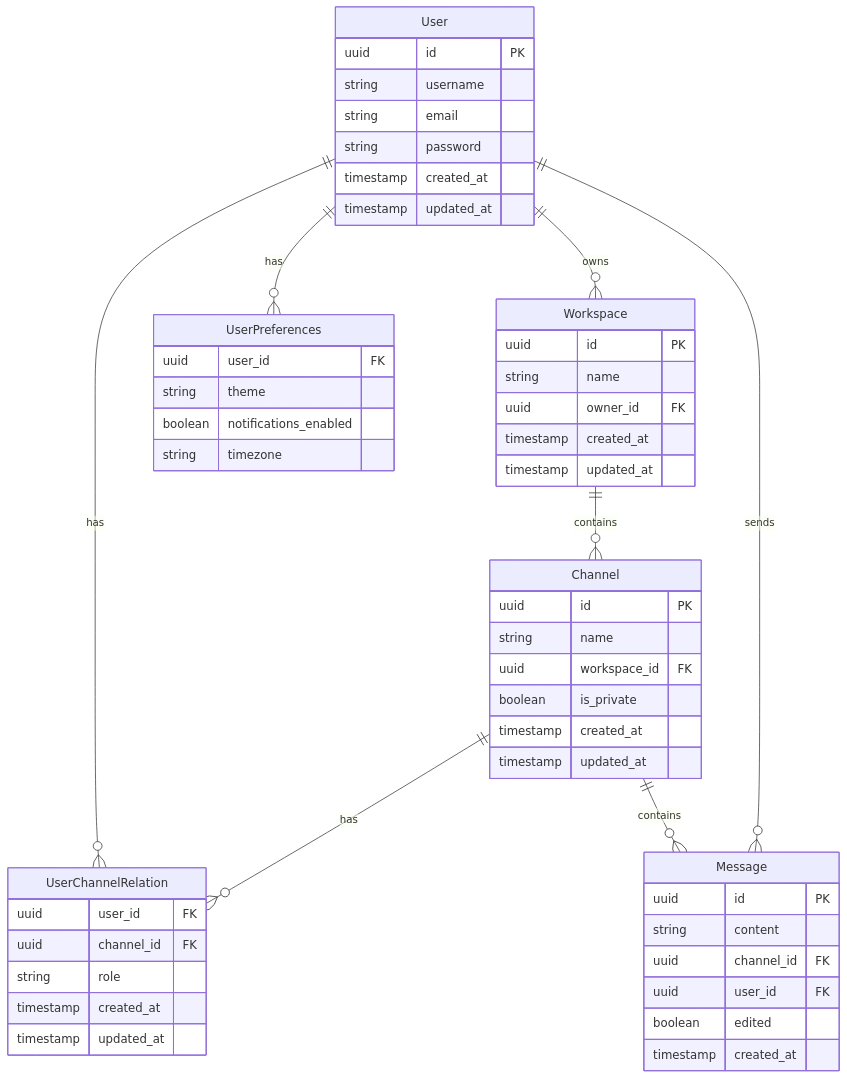
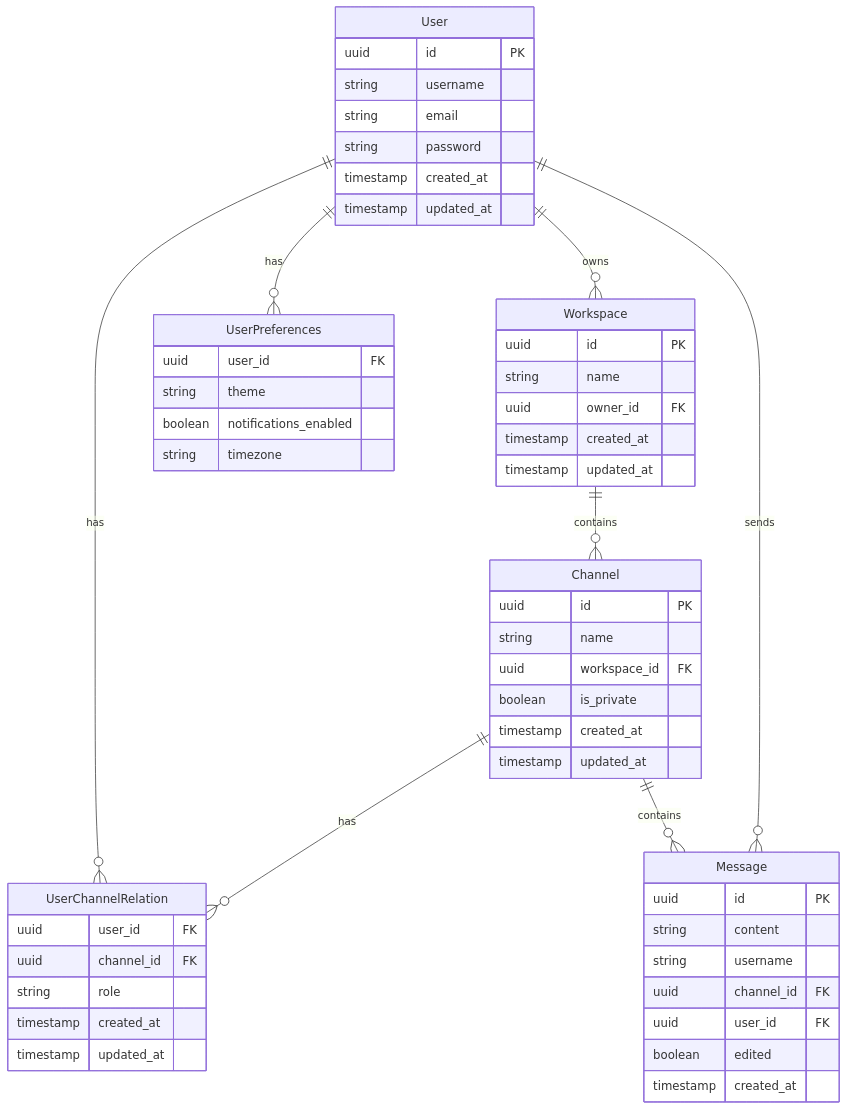
One commit to MITTALBHAVYA/slack-GDSC-Mycut changed the diagram in backend/README.md. Above: the diagram before and after it, drawn with Mermaid. The commit also changed 12 other files, not shown here.

````diff
--- a/backend/README.md
+++ b/backend/README.md
@@ -179,60 +179,61 @@
 ```mermaid
 erDiagram
     User ||--o{ Workspace : owns
     User ||--o{ UserChannelRelation : has
     Workspace ||--o{ Channel : contains
     Channel ||--o{ UserChannelRelation : has
     Channel ||--o{ Message : contains
     User ||--o{ Message : sends
     User ||--o{ UserPreferences : has
     
     User {
         uuid id PK
         string username
         string email
         string password
         timestamp created_at
         timestamp updated_at
     }
 
     Workspace {
         uuid id PK
         string name
         uuid owner_id FK
         timestamp created_at
         timestamp updated_at
     }
 
     Channel {
         uuid id PK
         string name
         uuid workspace_id FK
         boolean is_private
         timestamp created_at
         timestamp updated_at
     }
 
     UserChannelRelation {
         uuid user_id FK
         uuid channel_id FK
         string role
         timestamp created_at
         timestamp updated_at
     }
 
     Message {
         uuid id PK
         string content
+        string username
         uuid channel_id FK
         uuid user_id FK
         boolean edited
         timestamp created_at
     }
 
     UserPreferences {
         uuid user_id FK
         string theme
         boolean notifications_enabled
         string timezone
     }
 ```
````
